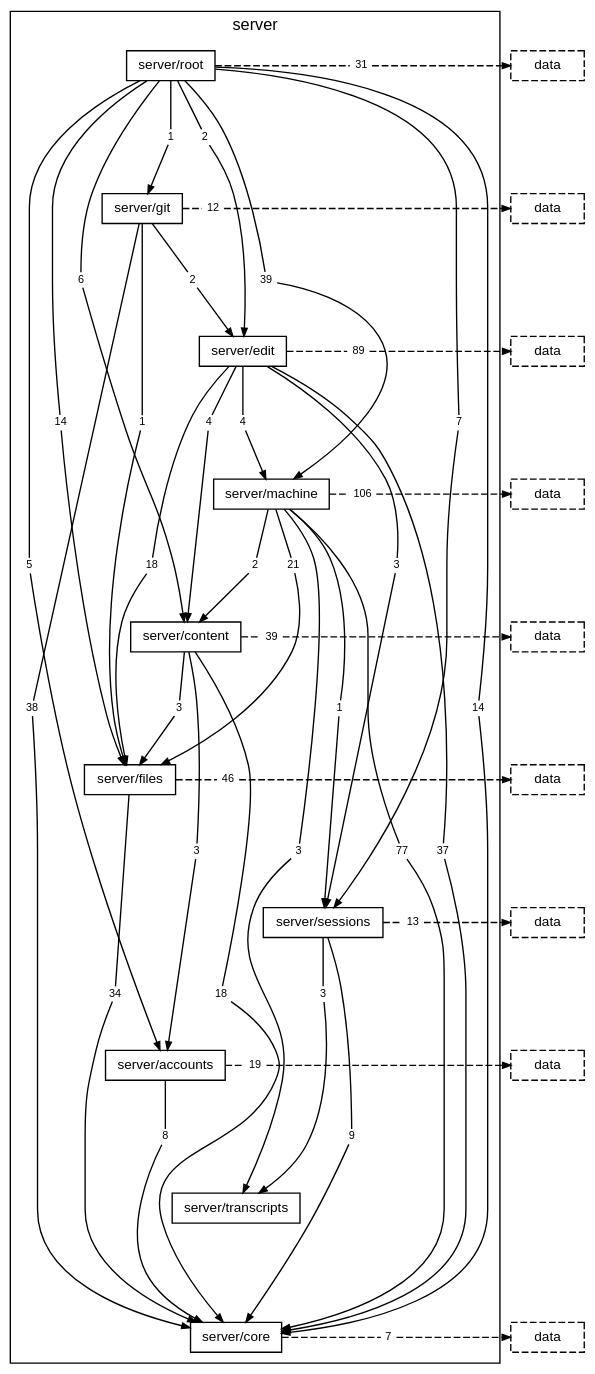
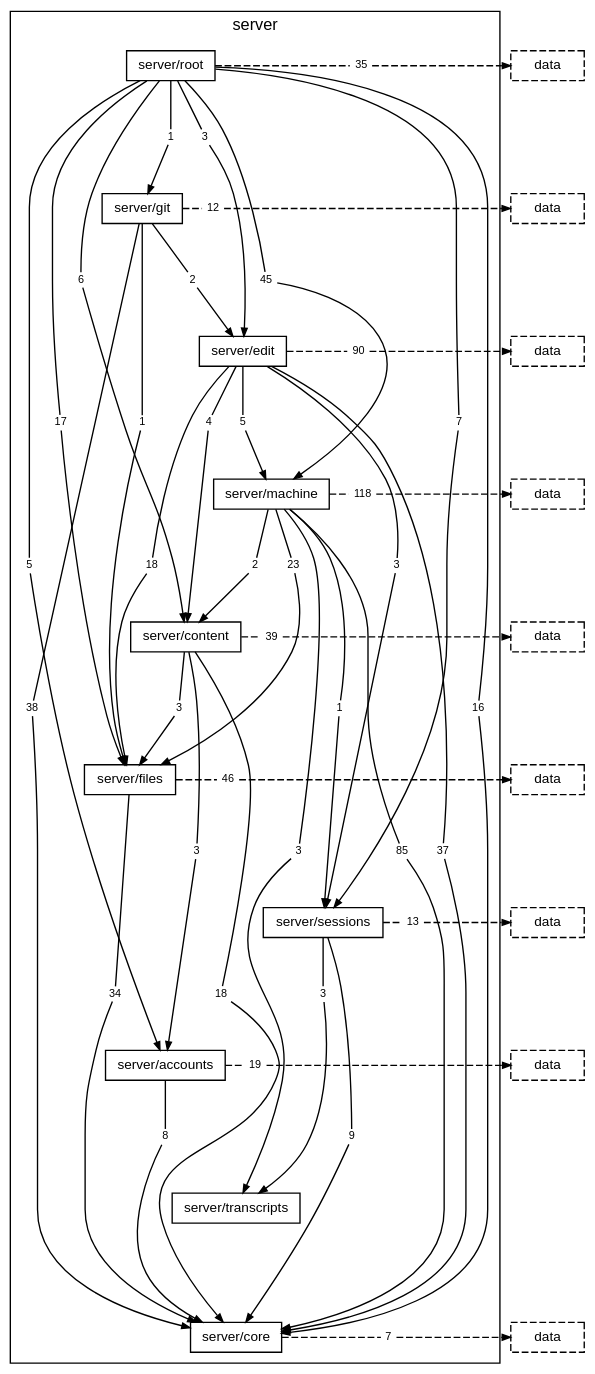
The diagram in docs/diagrams/layer-server.dot (TheAxeC/oculus), drawn with Graphviz before and after one commit. The commit also changed 143 other files, not shown here.

```diff
--- a/docs/diagrams/layer-server.dot
+++ b/docs/diagrams/layer-server.dot
@@ -16,13 +16,13 @@
         "folder server/core" [label="server/core"];
         "folder server/root to folder server/accounts" [label="5", shape=box, color="transparent", fontsize=8, width=0, height=0, margin="0.04,0.02"];
         "folder server/root to folder server/content" [label="6", shape=box, color="transparent", fontsize=8, width=0, height=0, margin="0.04,0.02"];
-        "folder server/root to folder server/core" [label="14", shape=box, color="transparent", fontsize=8, width=0, height=0, margin="0.04,0.02"];
-        "folder server/root to folder server/edit" [label="2", shape=box, color="transparent", fontsize=8, width=0, height=0, margin="0.04,0.02"];
-        "folder server/root to folder server/files" [label="14", shape=box, color="transparent", fontsize=8, width=0, height=0, margin="0.04,0.02"];
+        "folder server/root to folder server/core" [label="16", shape=box, color="transparent", fontsize=8, width=0, height=0, margin="0.04,0.02"];
+        "folder server/root to folder server/edit" [label="3", shape=box, color="transparent", fontsize=8, width=0, height=0, margin="0.04,0.02"];
+        "folder server/root to folder server/files" [label="17", shape=box, color="transparent", fontsize=8, width=0, height=0, margin="0.04,0.02"];
         "folder server/root to folder server/git" [label="1", shape=box, color="transparent", fontsize=8, width=0, height=0, margin="0.04,0.02"];
-        "folder server/root to folder server/machine" [label="39", shape=box, color="transparent", fontsize=8, width=0, height=0, margin="0.04,0.02"];
+        "folder server/root to folder server/machine" [label="45", shape=box, color="transparent", fontsize=8, width=0, height=0, margin="0.04,0.02"];
         "folder server/root to folder server/sessions" [label="7", shape=box, color="transparent", fontsize=8, width=0, height=0, margin="0.04,0.02"];
-        "folder server/root to layer data" [label="31", shape=box, color="transparent", fontsize=8, width=0, height=0, margin="0.04,0.02"];
+        "folder server/root to layer data" [label="35", shape=box, color="transparent", fontsize=8, width=0, height=0, margin="0.04,0.02"];
         "folder server/git to folder server/core" [label="38", shape=box, color="transparent", fontsize=8, width=0, height=0, margin="0.04,0.02"];
         "folder server/git to folder server/edit" [label="2", shape=box, color="transparent", fontsize=8, width=0, height=0, margin="0.04,0.02"];
         "folder server/git to folder server/files" [label="1", shape=box, color="transparent", fontsize=8, width=0, height=0, margin="0.04,0.02"];
@@ -30,15 +30,15 @@
         "folder server/edit to folder server/content" [label="4", shape=box, color="transparent", fontsize=8, width=0, height=0, margin="0.04,0.02"];
         "folder server/edit to folder server/core" [label="37", shape=box, color="transparent", fontsize=8, width=0, height=0, margin="0.04,0.02"];
         "folder server/edit to folder server/files" [label="18", shape=box, color="transparent", fontsize=8, width=0, height=0, margin="0.04,0.02"];
-        "folder server/edit to folder server/machine" [label="4", shape=box, color="transparent", fontsize=8, width=0, height=0, margin="0.04,0.02"];
+        "folder server/edit to folder server/machine" [label="5", shape=box, color="transparent", fontsize=8, width=0, height=0, margin="0.04,0.02"];
         "folder server/edit to folder server/sessions" [label="3", shape=box, color="transparent", fontsize=8, width=0, height=0, margin="0.04,0.02"];
-        "folder server/edit to layer data" [label="89", shape=box, color="transparent", fontsize=8, width=0, height=0, margin="0.04,0.02"];
+        "folder server/edit to layer data" [label="90", shape=box, color="transparent", fontsize=8, width=0, height=0, margin="0.04,0.02"];
         "folder server/machine to folder server/content" [label="2", shape=box, color="transparent", fontsize=8, width=0, height=0, margin="0.04,0.02"];
-        "folder server/machine to folder server/core" [label="77", shape=box, color="transparent", fontsize=8, width=0, height=0, margin="0.04,0.02"];
-        "folder server/machine to folder server/files" [label="21", shape=box, color="transparent", fontsize=8, width=0, height=0, margin="0.04,0.02"];
+        "folder server/machine to folder server/core" [label="85", shape=box, color="transparent", fontsize=8, width=0, height=0, margin="0.04,0.02"];
+        "folder server/machine to folder server/files" [label="23", shape=box, color="transparent", fontsize=8, width=0, height=0, margin="0.04,0.02"];
         "folder server/machine to folder server/sessions" [label="1", shape=box, color="transparent", fontsize=8, width=0, height=0, margin="0.04,0.02"];
         "folder server/machine to folder server/transcripts" [label="3", shape=box, color="transparent", fontsize=8, width=0, height=0, margin="0.04,0.02"];
-        "folder server/machine to layer data" [label="106", shape=box, color="transparent", fontsize=8, width=0, height=0, margin="0.04,0.02"];
+        "folder server/machine to layer data" [label="118", shape=box, color="transparent", fontsize=8, width=0, height=0, margin="0.04,0.02"];
         "folder server/content to folder server/accounts" [label="3", shape=box, color="transparent", fontsize=8, width=0, height=0, margin="0.04,0.02"];
         "folder server/content to folder server/core" [label="18", shape=box, color="transparent", fontsize=8, width=0, height=0, margin="0.04,0.02"];
         "folder server/content to folder server/files" [label="3", shape=box, color="transparent", fontsize=8, width=0, height=0, margin="0.04,0.02"];
```
